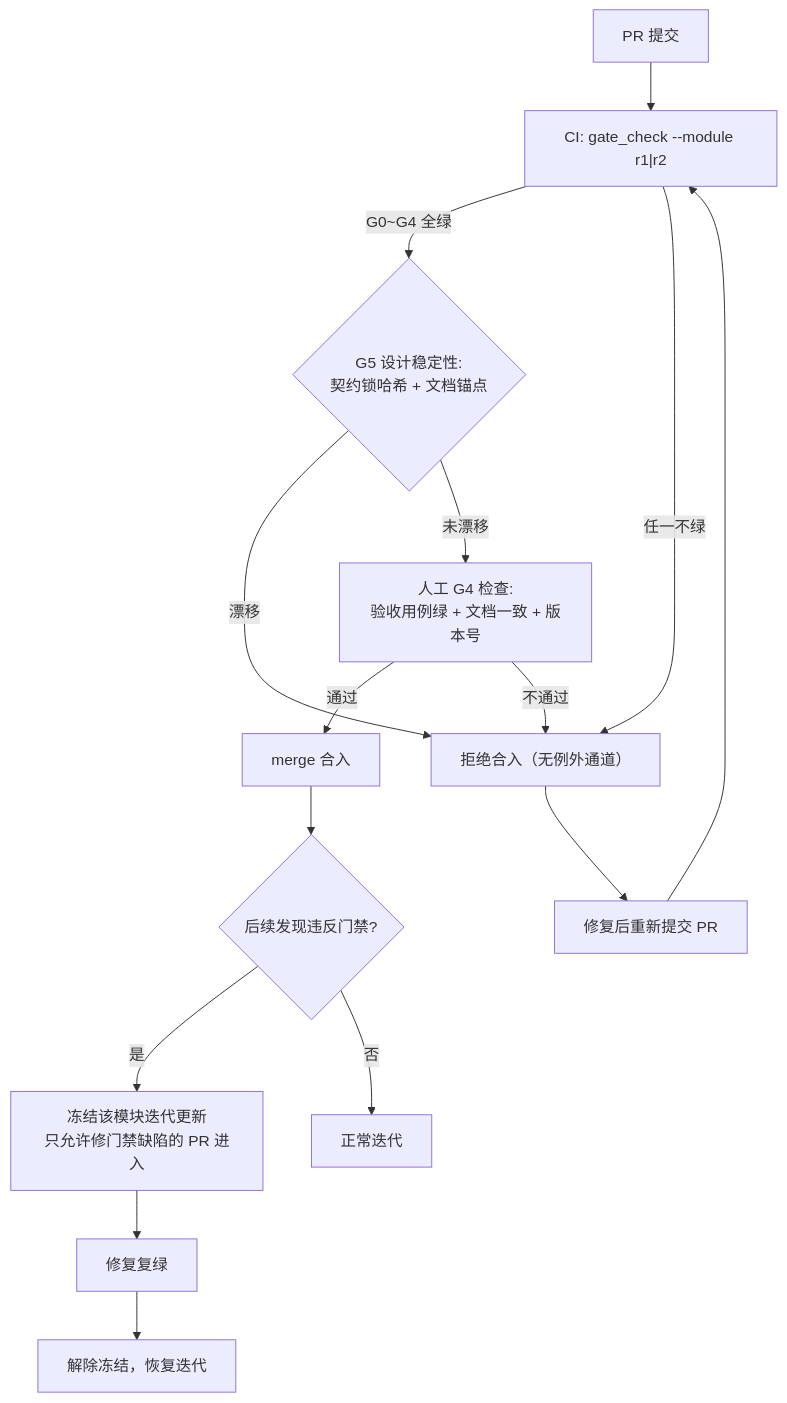
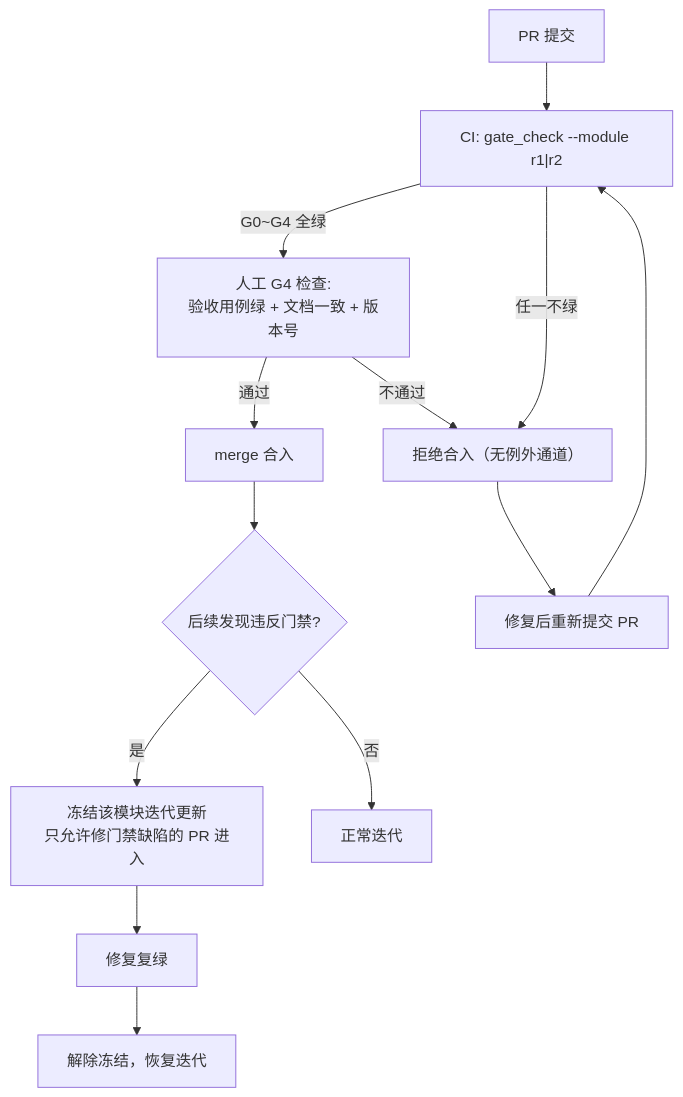
One commit to sao-lang/lll changed the diagram in docs/03-流程与规范/门禁体系.md. Above: the diagram before and after it, drawn with Mermaid. The commit also changed other lines of this file and 11 other files, not shown here.

````diff
--- a/docs/03-流程与规范/门禁体系.md
+++ b/docs/03-流程与规范/门禁体系.md
@@ -17,15 +17,13 @@
 ```mermaid
 flowchart TD
     PR["PR 提交"] --> CI["CI: gate_check --module r1|r2"]
-    CI -->|"G0~G4 全绿"| G5{"G5 设计稳定性:<br/>契约锁哈希 + 文档锚点"}
-    G5 -->|"漂移"| BLOCK
-    G5 -->|"未漂移"| REV["人工 G4 检查:<br/>验收用例绿 + 文档一致 + 版本号"]
+    CI -->|"G0~G4 全绿"| REV["人工 G4 检查:<br/>验收用例绿 + 文档一致 + 版本号"]
     CI -->|"任一不绿"| BLOCK["拒绝合入（无例外通道）"]
     REV -->|"通过"| MERGE["merge 合入"]
     REV -->|"不通过"| BLOCK
     BLOCK --> FIX["修复后重新提交 PR"] --> CI
     MERGE --> LATE{"后续发现违反门禁?"}
     LATE -->|"是"| FREEZE["冻结该模块迭代更新<br/>只允许修门禁缺陷的 PR 进入"]
     FREEZE --> GREEN["修复复绿"] --> UN["解除冻结，恢复迭代"]
     LATE -->|"否"| OK["正常迭代"]
 ```
````
